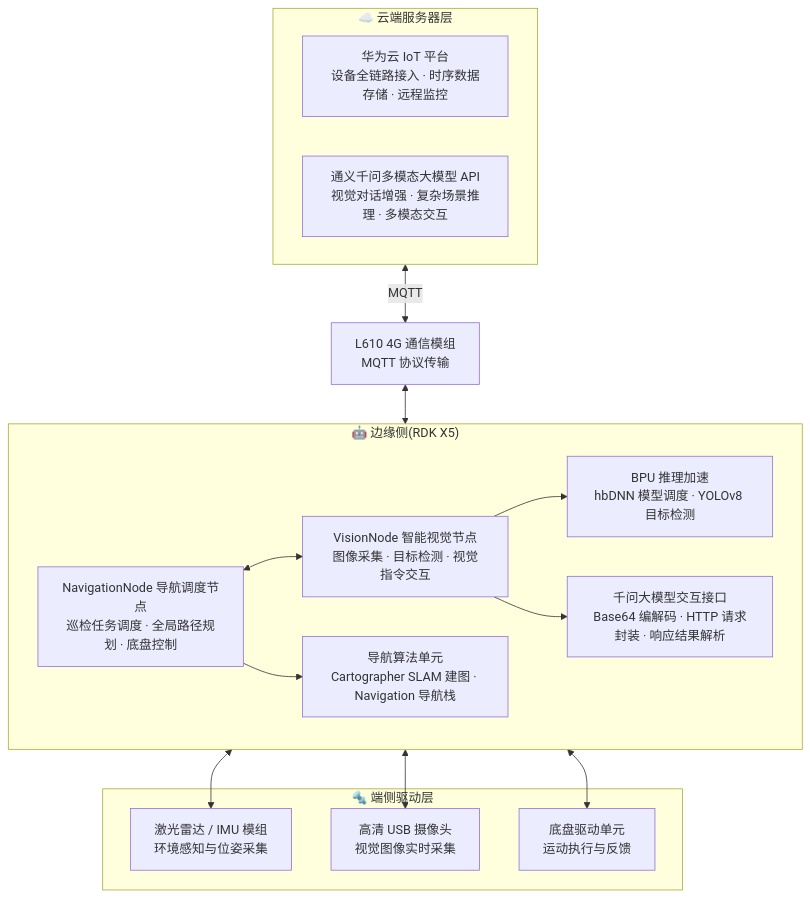
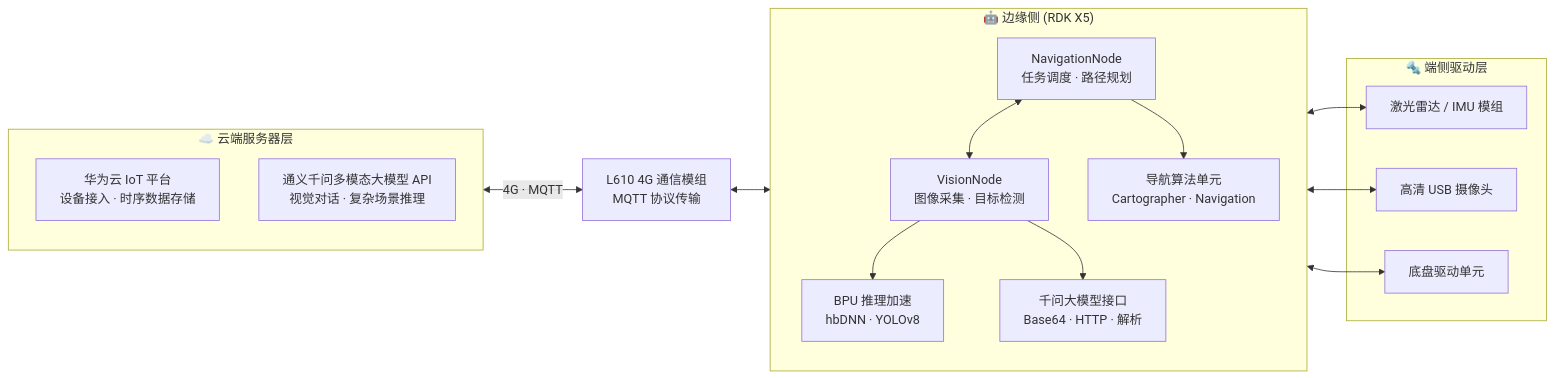
One commit to Fiborn/fibocom-embedded-2026-smartlab-multimodal-inspection changed the diagram in README.md. Above: the diagram before and after it, drawn with Mermaid.

Commit message:
docs: 系统架构图改为横向排版 (graph TB -> graph LR)

````diff
--- a/README.md
+++ b/README.md
@@ -26,33 +26,33 @@
 ```mermaid
-graph TB
+graph LR
     subgraph Cloud["☁️ 云端服务器层"]
-        IoT["华为云 IoT 平台<br/>设备全链路接入 · 时序数据存储 · 远程监控"]
-        Qwen["通义千问多模态大模型 API<br/>视觉对话增强 · 复杂场景推理 · 多模态交互"]
+        IoT["华为云 IoT 平台<br/>设备接入 · 时序数据存储"]
+        Qwen["通义千问多模态大模型 API<br/>视觉对话 · 复杂场景推理"]
     end
 
     L610["L610 4G 通信模组<br/>MQTT 协议传输"]
 
-    subgraph Edge["🤖 边缘侧(RDK X5)"]
-        Nav["NavigationNode 导航调度节点<br/>巡检任务调度 · 全局路径规划 · 底盘控制"]
-        Vis["VisionNode 智能视觉节点<br/>图像采集 · 目标检测 · 视觉指令交互"]
-        A1["导航算法单元<br/>Cartographer SLAM 建图 · Navigation 导航栈"]
-        A2["BPU 推理加速<br/>hbDNN 模型调度 · YOLOv8 目标检测"]
-        A3["千问大模型交互接口<br/>Base64 编解码 · HTTP 请求封装 · 响应结果解析"]
+    subgraph Edge["🤖 边缘侧 (RDK X5)"]
+        Nav["NavigationNode<br/>任务调度 · 路径规划"]
+        Vis["VisionNode<br/>图像采集 · 目标检测"]
+        A1["导航算法单元<br/>Cartographer · Navigation"]
+        A2["BPU 推理加速<br/>hbDNN · YOLOv8"]
+        A3["千问大模型接口<br/>Base64 · HTTP · 解析"]
     end
 
     subgraph Dev["🔩 端侧驱动层"]
-        Lidar["激光雷达 / IMU 模组<br/>环境感知与位姿采集"]
-        Cam["高清 USB 摄像头<br/>视觉图像实时采集"]
-        Chassis["底盘驱动单元<br/>运动执行与反馈"]
+        Lidar["激光雷达 / IMU 模组"]
+        Cam["高清 USB 摄像头"]
+        Chassis["底盘驱动单元"]
     end
 
-    Cloud <-->|MQTT| L610
+    Cloud <-->|"4G · MQTT"| L610
     L610 <--> Edge
     Nav <--> Vis
     Nav --> A1
     Vis --> A2
     Vis --> A3
     Edge <--> Lidar
     Edge <--> Cam
     Edge <--> Chassis
 ```
````
